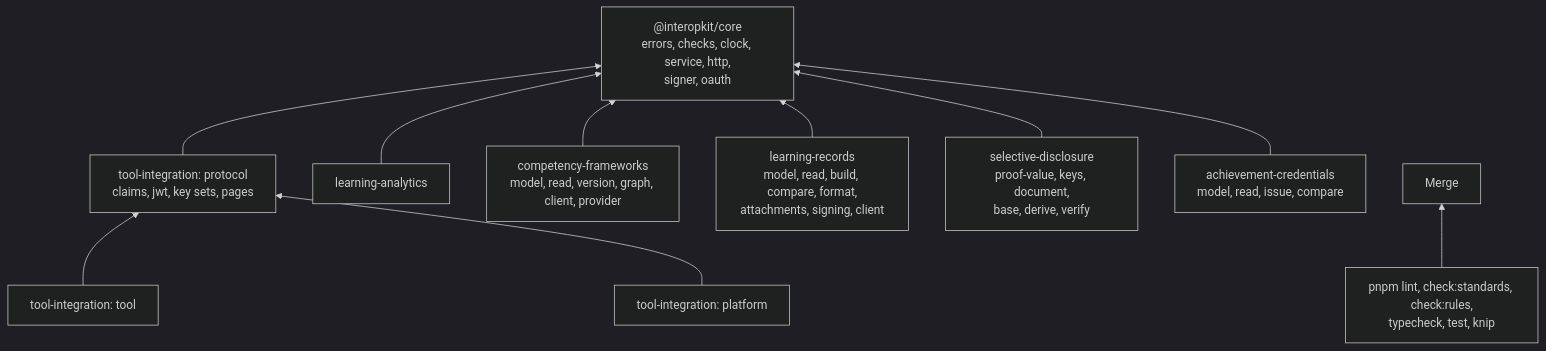
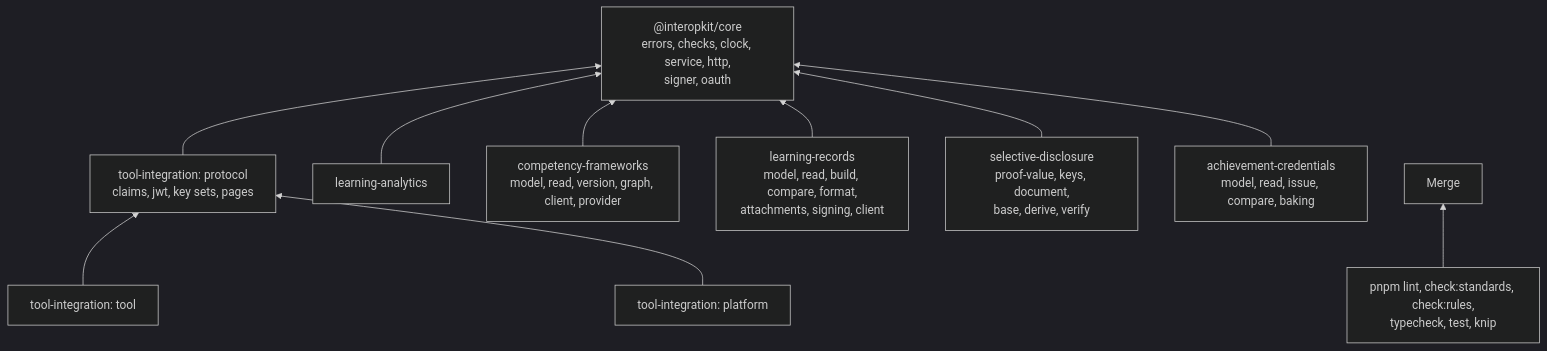
The diagram in AGENTS.md (interopkit/interopkit), drawn with Mermaid (dark theme) before and after one commit. The commit also changed other lines of this file and 37 other files, not shown here.

First line of the commit message:
Add baking to achievement-credentials: credentials in PNG and SVG images

````diff
--- a/AGENTS.md
+++ b/AGENTS.md
@@ -15,21 +15,21 @@
 ```mermaid
 flowchart BT
   core["@interopkit/core<br/>errors, checks, clock, service, http,<br/>signer, oauth"]
   proto["tool-integration: protocol<br/>claims, jwt, key sets, pages"]
   tool["tool-integration: tool"]
   plat["tool-integration: platform"]
   la["learning-analytics"]
   cf["competency-frameworks<br/>model, read, version, graph, client, provider"]
   lr["learning-records<br/>model, read, build, compare, format,<br/>attachments, signing, client"]
   sd["selective-disclosure<br/>proof-value, keys, document,<br/>base, derive, verify"]
-  ac["achievement-credentials<br/>model, read, issue, compare"]
+  ac["achievement-credentials<br/>model, read, issue, compare, baking"]
   proto --> core
   tool --> proto
   plat --> proto
   la --> core
   cf --> core
   lr --> core
   sd --> core
   ac --> core
   gates["pnpm lint, check:standards, check:rules,<br/>typecheck, test, knip"] --> merge["Merge"]
 ```
````
